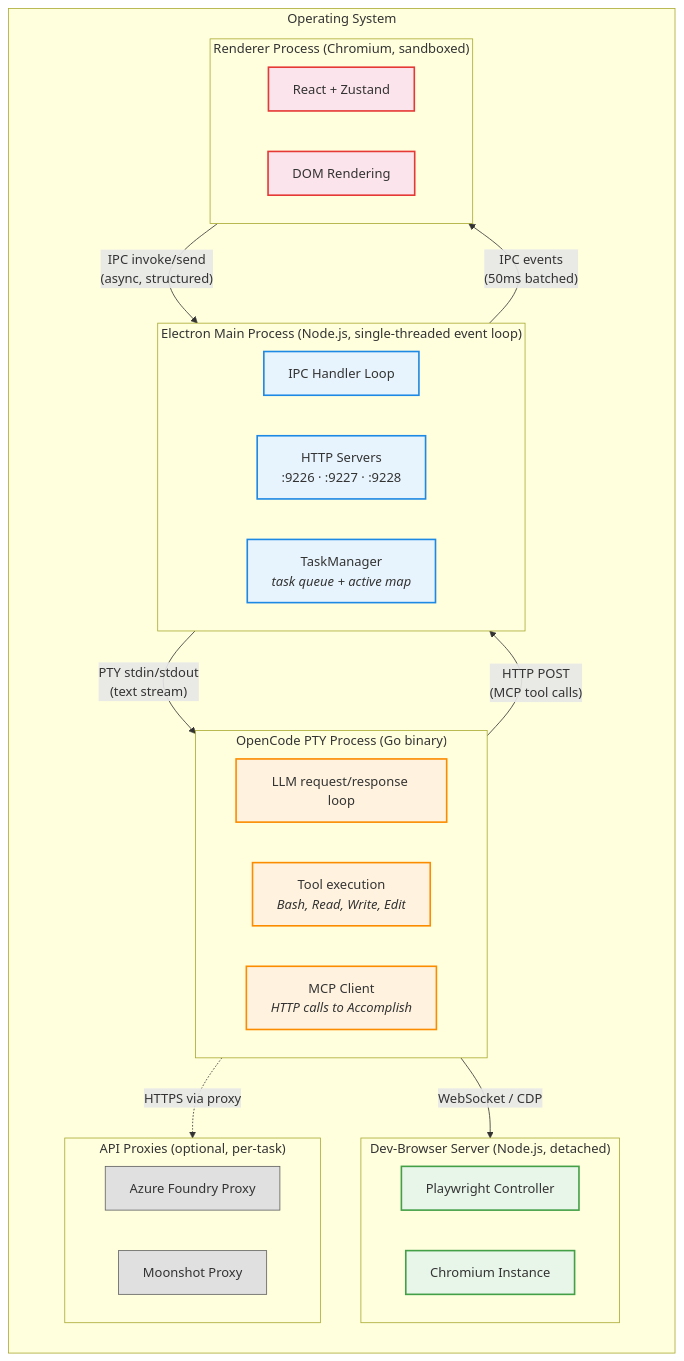
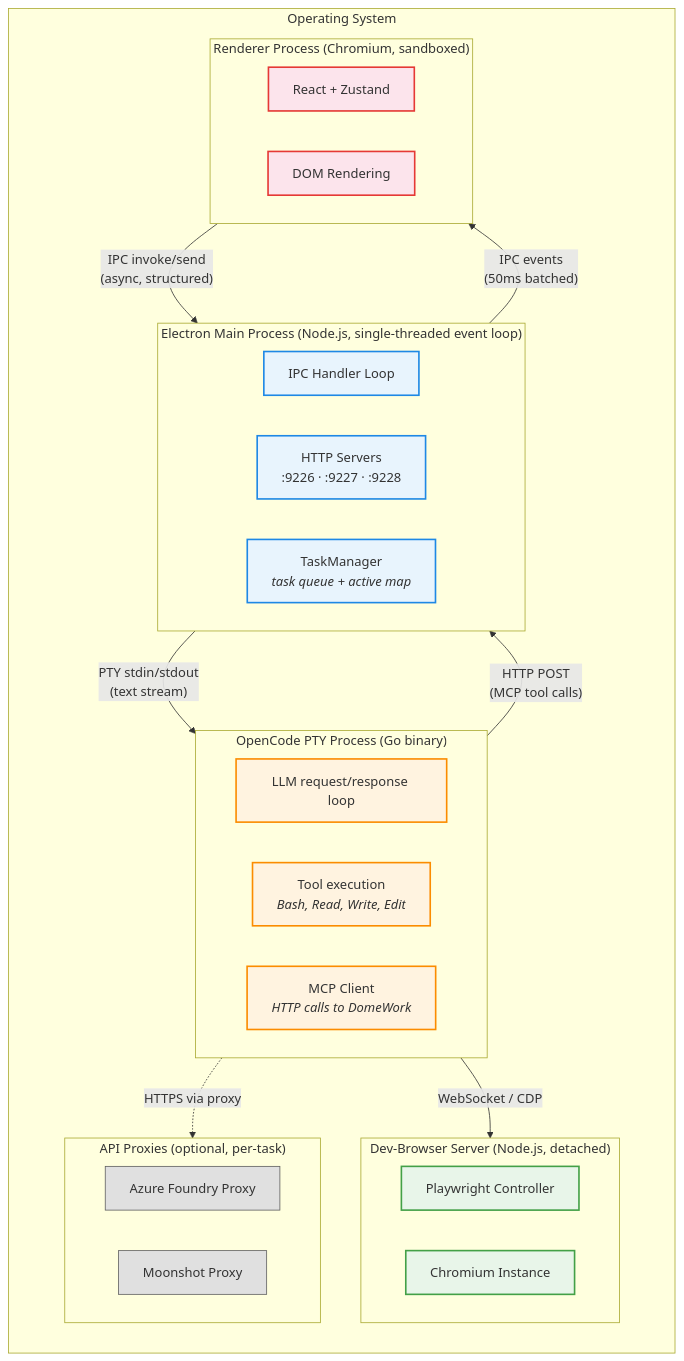
Before and after one commit to dome/accomplish: the first of 6 diagrams in docs/concurrency-viewpoint.md, drawn with Mermaid. The commit also changed other lines of this file and 89 other files, not shown here.

Commit message:
ci: add GitHub Actions workflow for DomeWork binary builds

````diff
--- a/docs/concurrency-viewpoint.md
+++ b/docs/concurrency-viewpoint.md
@@ -11,58 +11,58 @@
 ```mermaid
 graph TB
   subgraph OS["Operating System"]
     direction TB
 
     subgraph ELECTRON_PROC["Electron Main Process  (Node.js, single-threaded event loop)"]
       direction LR
       IPC_LOOP["IPC Handler Loop"]
       HTTP_SERVERS["HTTP Servers<br/>:9226 · :9227 · :9228"]
       TASK_MGR["TaskManager<br/><i>task queue + active map</i>"]
     end
 
     subgraph RENDERER_PROC["Renderer Process  (Chromium, sandboxed)"]
       direction LR
       REACT["React + Zustand"]
       DOM["DOM Rendering"]
     end
 
     subgraph PTY_PROC["OpenCode PTY Process  (Go binary)"]
       direction LR
       LLM_LOOP["LLM request/response loop"]
       TOOL_EXEC["Tool execution<br/><i>Bash, Read, Write, Edit</i>"]
-      MCP_CLIENT["MCP Client<br/><i>HTTP calls to Accomplish</i>"]
+      MCP_CLIENT["MCP Client<br/><i>HTTP calls to DomeWork</i>"]
     end
 
     subgraph BROWSER_PROC["Dev-Browser Server  (Node.js, detached)"]
       direction LR
       PW["Playwright Controller"]
       CHROMIUM["Chromium Instance"]
     end
 
     subgraph PROXY_PROCS["API Proxies  (optional, per-task)"]
       AZ["Azure Foundry Proxy"]
       MOON["Moonshot Proxy"]
     end
   end
 
   RENDERER_PROC -->|"IPC invoke/send<br/>(async, structured)"| ELECTRON_PROC
   ELECTRON_PROC -->|"IPC events<br/>(50ms batched)"| RENDERER_PROC
 
   ELECTRON_PROC -->|"PTY stdin/stdout<br/>(text stream)"| PTY_PROC
   PTY_PROC -->|"HTTP POST<br/>(MCP tool calls)"| HTTP_SERVERS
 
   PTY_PROC -->|"WebSocket / CDP"| BROWSER_PROC
   PTY_PROC -.->|"HTTPS via proxy"| PROXY_PROCS
 
   classDef electron fill:#e8f4fd,stroke:#1e88e5,stroke-width:2px
   classDef renderer fill:#fce4ec,stroke:#e53935,stroke-width:2px
   classDef pty fill:#fff3e0,stroke:#fb8c00,stroke-width:2px
   classDef browser fill:#e8f5e9,stroke:#43a047,stroke-width:2px
   classDef proxy fill:#e0e0e0,stroke:#616161
 
   class IPC_LOOP,HTTP_SERVERS,TASK_MGR electron
   class REACT,DOM renderer
   class LLM_LOOP,TOOL_EXEC,MCP_CLIENT pty
   class PW,CHROMIUM browser
   class AZ,MOON proxy
 ```
````
